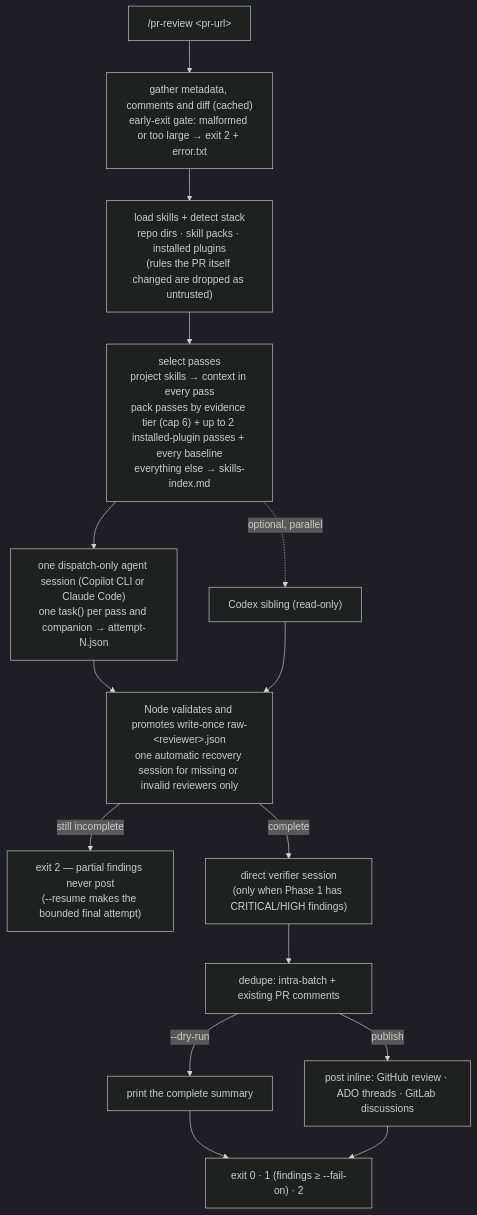
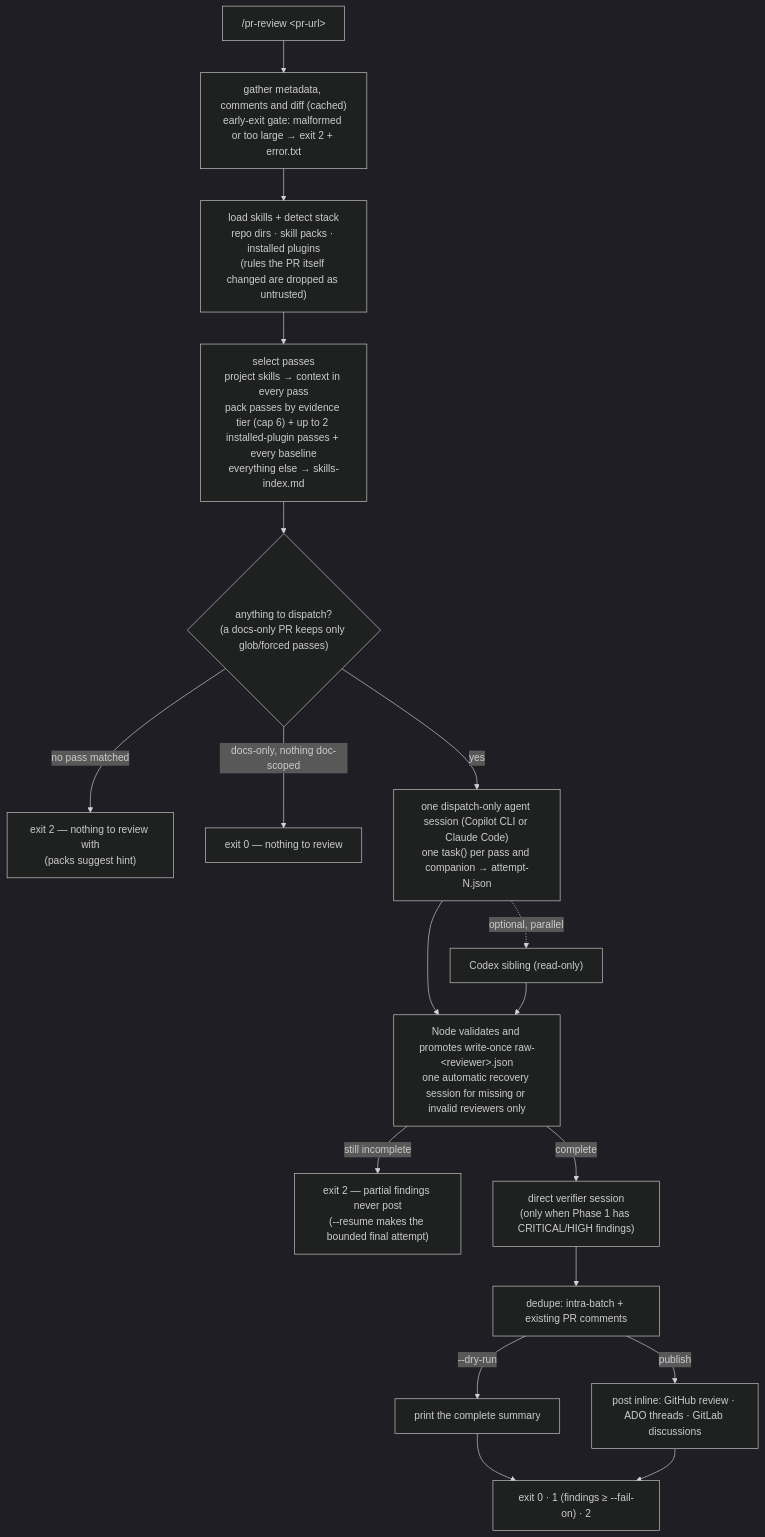
The diagram in README.md (guimatheus92/pr-review), drawn with Mermaid (dark theme) before and after one commit.

Commit message:
docs: README pipeline diagram — the zero-pass outcomes after selection
After select passes the app can stop before dispatching: a docs-only PR
whose triage left nothing doc-scoped exits 0 with an explanatory summary;
no candidate pass at all exits 2 with the packs suggest hint. Both are
pinned by tests/zero-passes.test.ts; the diagram now shows them.

````diff
--- a/README.md
+++ b/README.md
@@ -41,17 +41,20 @@
 ```mermaid
 flowchart TD
     U["/pr-review #lt;pr-url#gt;"] --> G["gather metadata, comments and diff (cached)<br/>early-exit gate: malformed or too large → exit 2 + error.txt"]
     G --> L["load skills + detect stack<br/>repo dirs · skill packs · installed plugins<br/>(rules the PR itself changed are dropped as untrusted)"]
     L --> P["select passes<br/>project skills → context in every pass<br/>pack passes by evidence tier (cap 6) + up to 2 installed-plugin passes + every baseline<br/>everything else → skills-index.md"]
-    P --> D["one dispatch-only agent session (Copilot CLI or Claude Code)<br/>one task() per pass and companion → attempt-N.json"]
-    P -. optional, parallel .-> C["Codex sibling (read-only)"]
+    P --> T{"anything to dispatch?<br/>(a docs-only PR keeps only glob/forced passes)"}
+    T -- "no pass matched" --> E0["exit 2 — nothing to review with<br/>(packs suggest hint)"]
+    T -- "docs-only, nothing doc-scoped" --> E0b["exit 0 — nothing to review"]
+    T -- yes --> D["one dispatch-only agent session (Copilot CLI or Claude Code)<br/>one task() per pass and companion → attempt-N.json"]
+    D -. optional, parallel .-> C["Codex sibling (read-only)"]
     D --> N["Node validates and promotes write-once raw-#lt;reviewer#gt;.json<br/>one automatic recovery session for missing or invalid reviewers only"]
     C --> N
     N -- still incomplete --> E2["exit 2 — partial findings never post<br/>(--resume makes the bounded final attempt)"]
     N -- complete --> V["direct verifier session<br/>(only when Phase 1 has CRITICAL/HIGH findings)"]
     V --> DD["dedupe: intra-batch + existing PR comments"]
     DD -- "--dry-run" --> SUM["print the complete summary"]
     DD -- publish --> POST["post inline: GitHub review · ADO threads · GitLab discussions"]
     SUM --> EX["exit 0 · 1 (findings ≥ --fail-on) · 2"]
     POST --> EX
 ```
````
